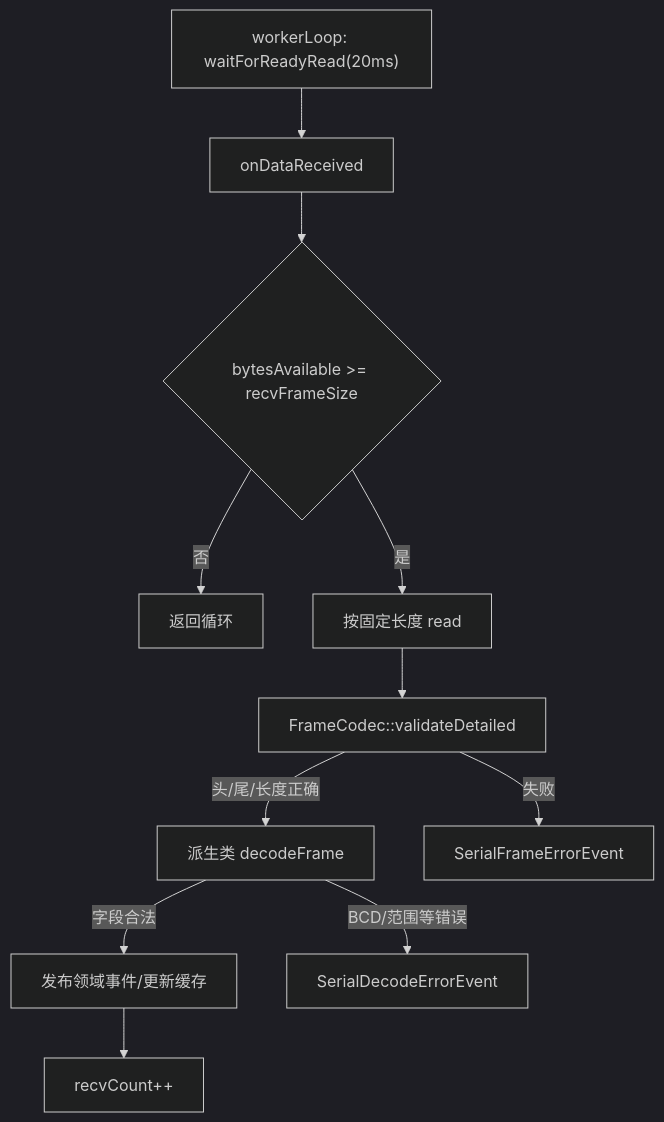
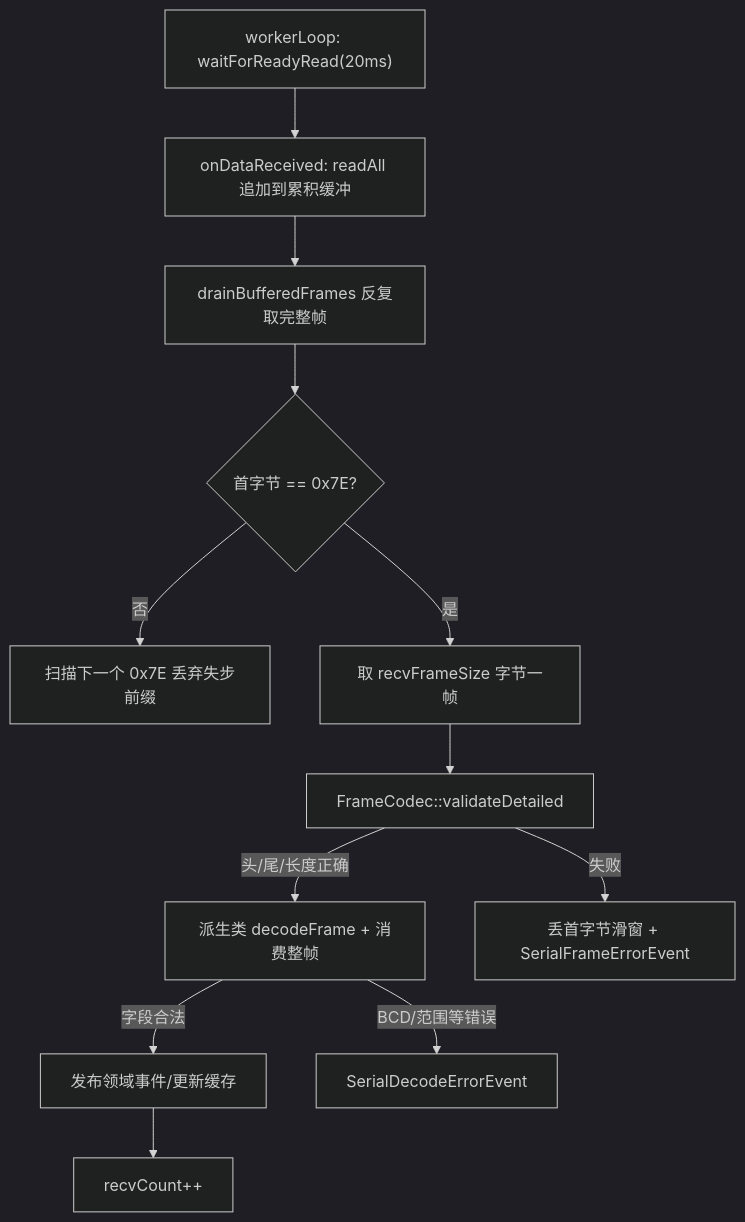
The fourth of 6 diagrams in docs/module-comm.md (with-fair-wind/1mZGG), drawn with Mermaid (dark theme) before and after one commit. The commit also changed other lines of this file and 3 other files, not shown here.

First line of the commit message:
docs: sync architecture docs with recent fixes (A1/A3/B4/B10)

````diff
--- a/docs/module-comm.md
+++ b/docs/module-comm.md
@@ -253,13 +253,14 @@
 ```mermaid
 flowchart TD
-    WAIT["workerLoop: waitForReadyRead(20ms)"] --> READ["onDataReceived"]
-    READ --> SIZE{"bytesAvailable >= recvFrameSize"}
-    SIZE -->|"否"| LOOP["返回循环"]
-    SIZE -->|"是"| CHUNK["按固定长度 read"]
-    CHUNK --> VALID["FrameCodec::validateDetailed"]
-    VALID -->|"头/尾/长度正确"| DECODE["派生类 decodeFrame"]
-    VALID -->|"失败"| FE["SerialFrameErrorEvent"]
+    WAIT["workerLoop: waitForReadyRead(20ms)"] --> READ["onDataReceived: readAll 追加到累积缓冲"]
+    READ --> DRAIN["drainBufferedFrames 反复取完整帧"]
+    DRAIN --> SCAN{"首字节 == 0x7E?"}
+    SCAN -->|"否"| SYNC["扫描下一个 0x7E 丢弃失步前缀"]
+    SCAN -->|"是"| TAKE["取 recvFrameSize 字节一帧"]
+    TAKE --> VALID["FrameCodec::validateDetailed"]
+    VALID -->|"头/尾/长度正确"| DECODE["派生类 decodeFrame + 消费整帧"]
+    VALID -->|"失败"| DROP["丢首字节滑窗 + SerialFrameErrorEvent"]
     DECODE -->|"字段合法"| DOMAIN["发布领域事件/更新缓存"]
     DECODE -->|"BCD/范围等错误"| DE["SerialDecodeErrorEvent"]
     DOMAIN --> FPS["recvCount++"]
 ```
````
